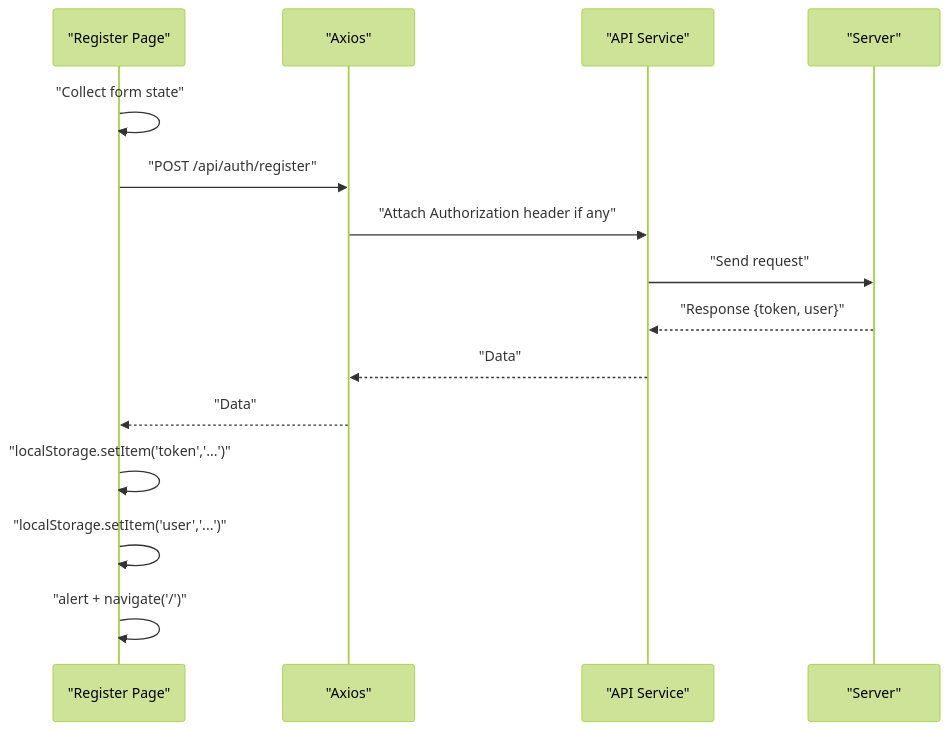
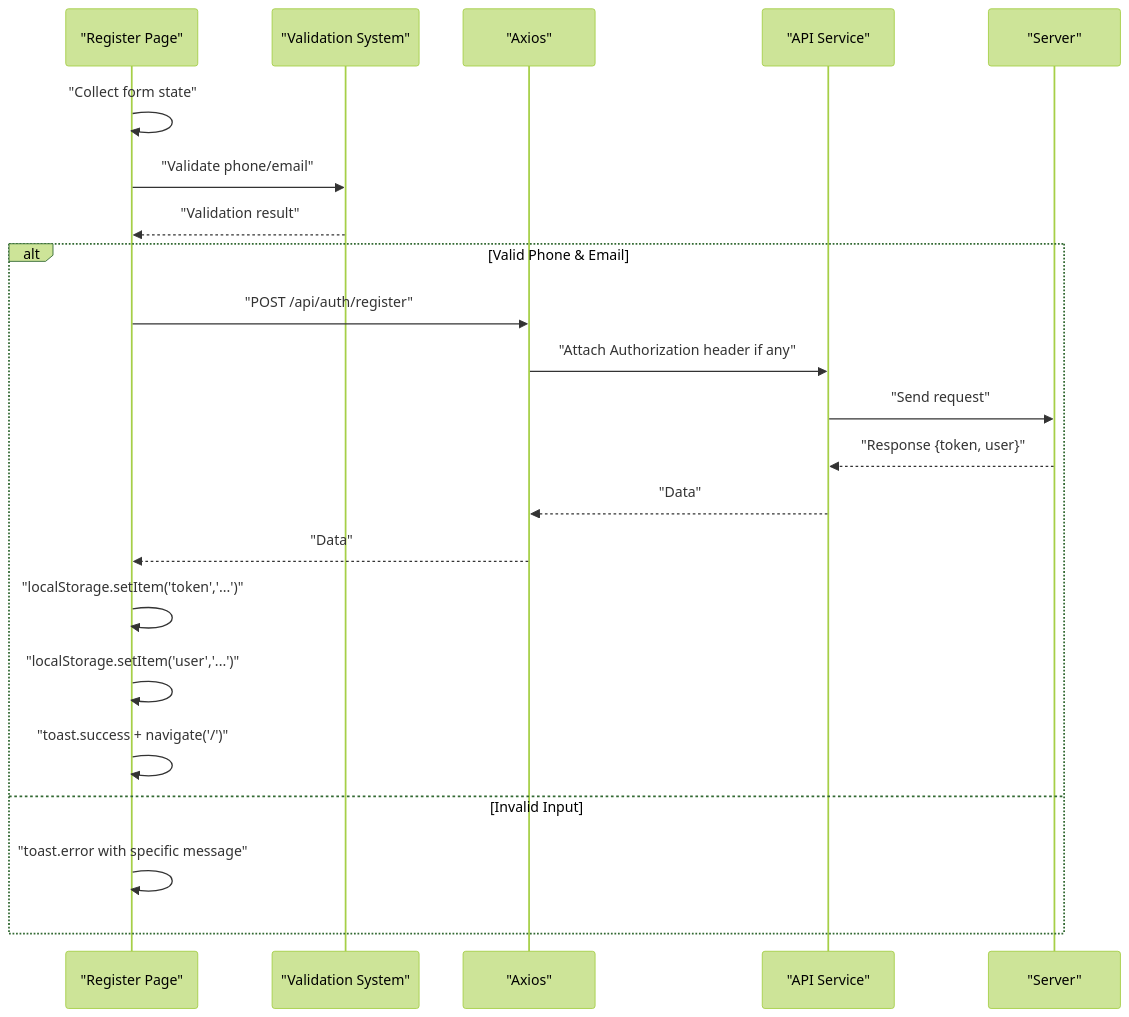
One commit to Pavan-PSPK9032/TrendsandToss changed the fifth of 10 diagrams in .qoder/repowiki/en/content/Authentication & Authorization/Login & Registration Process.md. Above: the diagram before and after it, drawn with Mermaid (forest theme). The commit also changed other lines of this file and 16 other files, not shown here.

````diff
--- a/.qoder/repowiki/en/content/Authentication & Authorization/Login & Registration Process.md
+++ b/.qoder/repowiki/en/content/Authentication & Authorization/Login & Registration Process.md
@@ -213,17 +242,24 @@
 ```mermaid
 sequenceDiagram
 participant P as "Register Page"
+participant V as "Validation System"
 participant AX as "Axios"
 participant API as "API Service"
 participant SRV as "Server"
 P->>P : "Collect form state"
+P->>V : "Validate phone/email"
+V-->>P : "Validation result"
+alt Valid Phone & Email
 P->>AX : "POST /api/auth/register"
 AX->>API : "Attach Authorization header if any"
 API->>SRV : "Send request"
 SRV-->>API : "Response {token, user}"
 API-->>AX : "Data"
 AX-->>P : "Data"
 P->>P : "localStorage.setItem('token','...')"
 P->>P : "localStorage.setItem('user','...')"
-P->>P : "alert + navigate('/')"
+P->>P : "toast.success + navigate('/')"
+else Invalid Input
+P->>P : "toast.error with specific message"
+end
 ```
````
